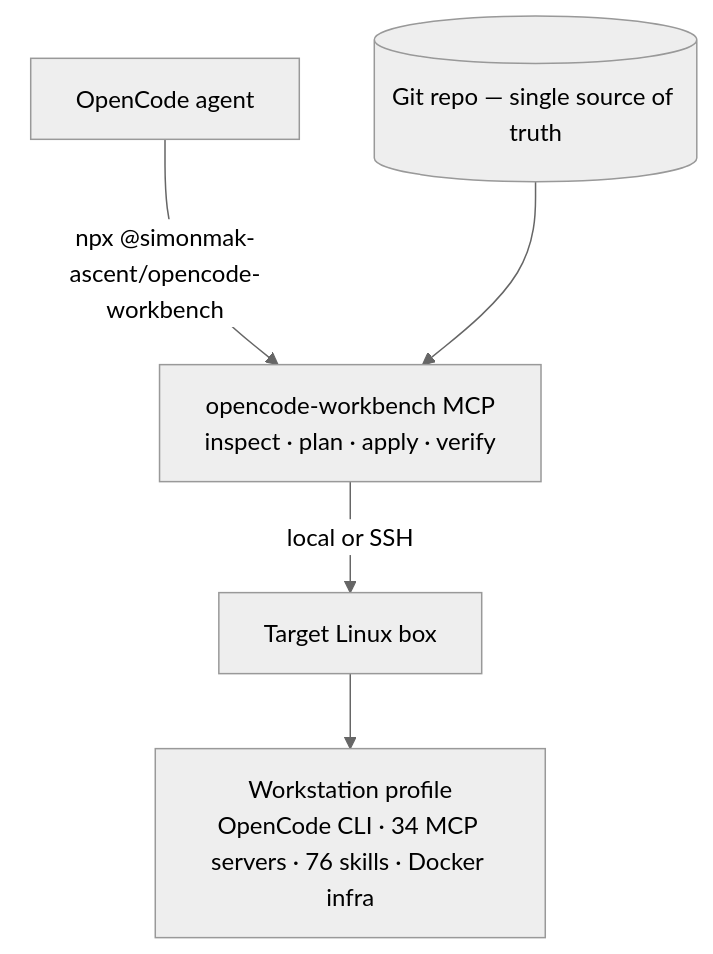
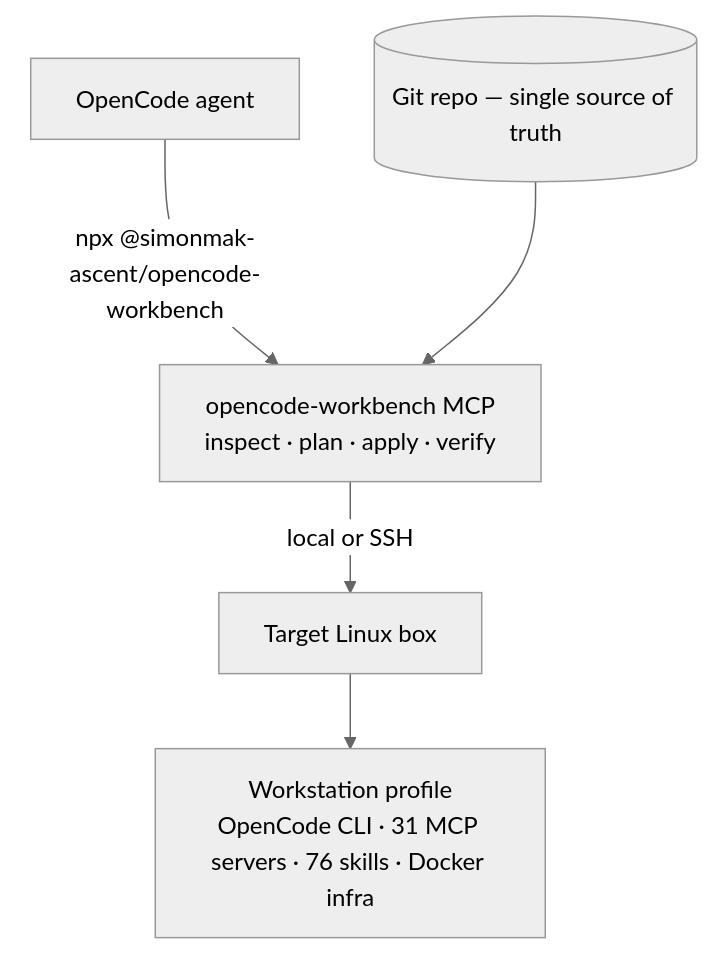
Before and after one commit to simonmak-ascent/opencode-workbench: the first of 3 diagrams in README.md, drawn with Mermaid (neutral theme). The commit also changed other lines of this file and 56 other files, not shown here.

````diff
--- a/README.md
+++ b/README.md
@@ -72,7 +72,7 @@
 ```mermaid
 flowchart TB
   AGENT["OpenCode agent"] -->|"npx @simonmak-ascent/opencode-workbench"| MCP["opencode-workbench MCP<br/>inspect · plan · apply · verify"]
   REPO[("Git repo — single source of truth")] --> MCP
   MCP -->|"local or SSH"| BOX["Target Linux box"]
-  BOX --> PROF["Workstation profile<br/>OpenCode CLI · 34 MCP servers · 76 skills · Docker infra"]
+  BOX --> PROF["Workstation profile<br/>OpenCode CLI · 31 MCP servers · 76 skills · Docker infra"]
 ```
````
